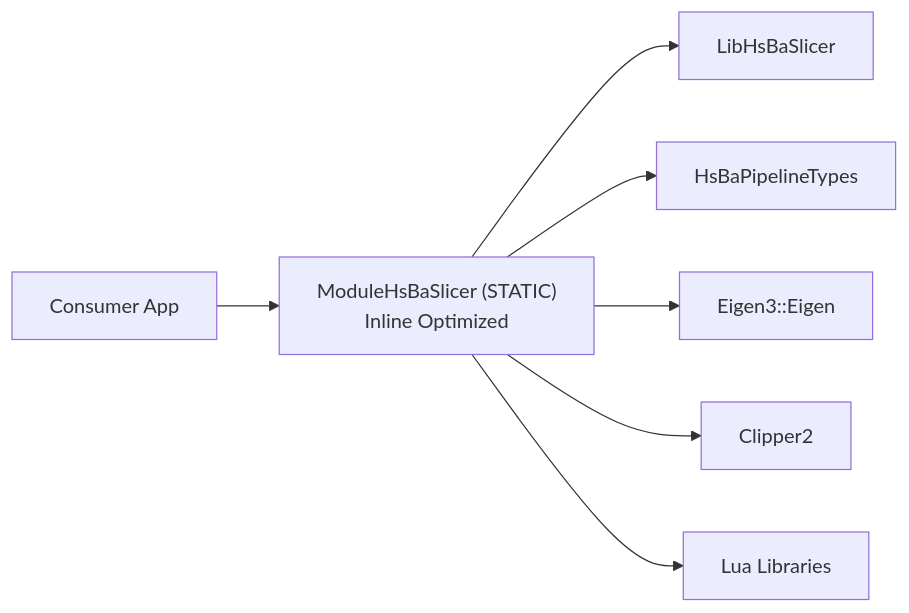
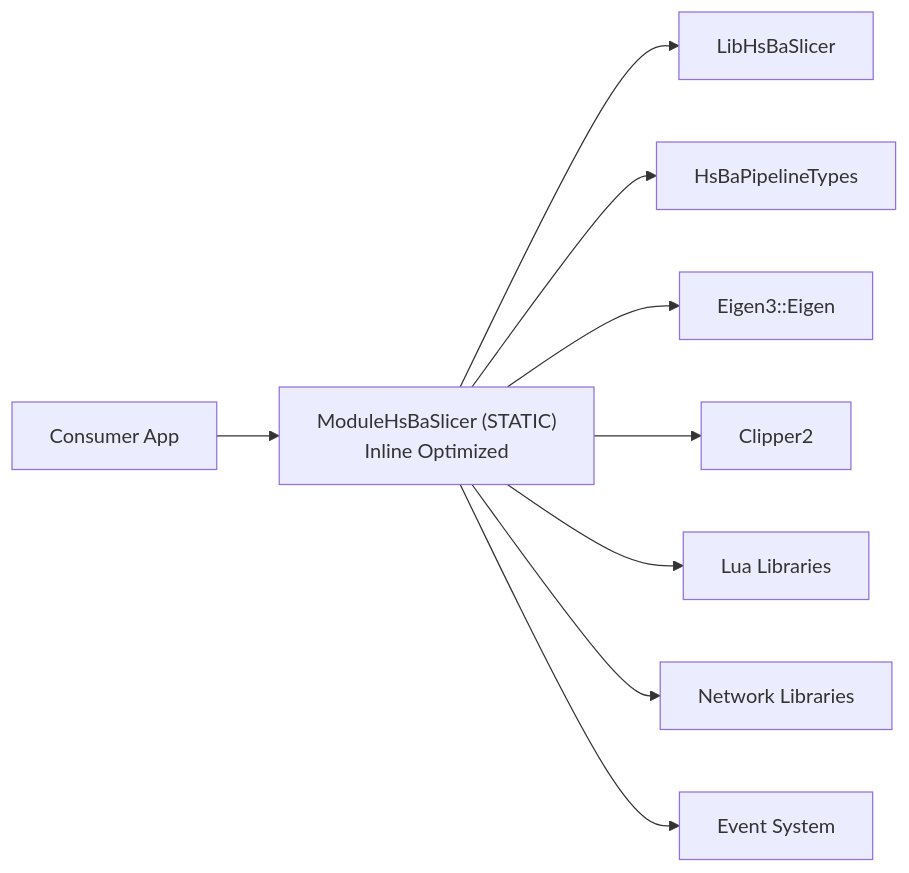
The ninth of 9 diagrams in .qoder/repowiki/en/content/Core Architecture/C++20 Module Wrapper (ModuleHsBaSlicer).md (hsmbanlance/HsBaSlicer), drawn with Mermaid before and after one commit. The commit also changed other lines of this file and 14 other files, not shown here.

````diff
--- a/.qoder/repowiki/en/content/Core Architecture/C++20 Module Wrapper (ModuleHsBaSlicer).md
+++ b/.qoder/repowiki/en/content/Core Architecture/C++20 Module Wrapper (ModuleHsBaSlicer).md
@@ -357,9 +460,11 @@
 ```mermaid
 graph LR
 Consumer["Consumer App"] --> Module["ModuleHsBaSlicer (STATIC)<br/>Inline Optimized"]
 Module --> Lib["LibHsBaSlicer"]
 Module --> Types["HsBaPipelineTypes"]
 Module --> Eigen["Eigen3::Eigen"]
 Module --> Clipper["Clipper2"]
 Module --> Lua["Lua Libraries"]
+Module --> Network["Network Libraries"]
+Module --> Events["Event System"]
 ```
````
